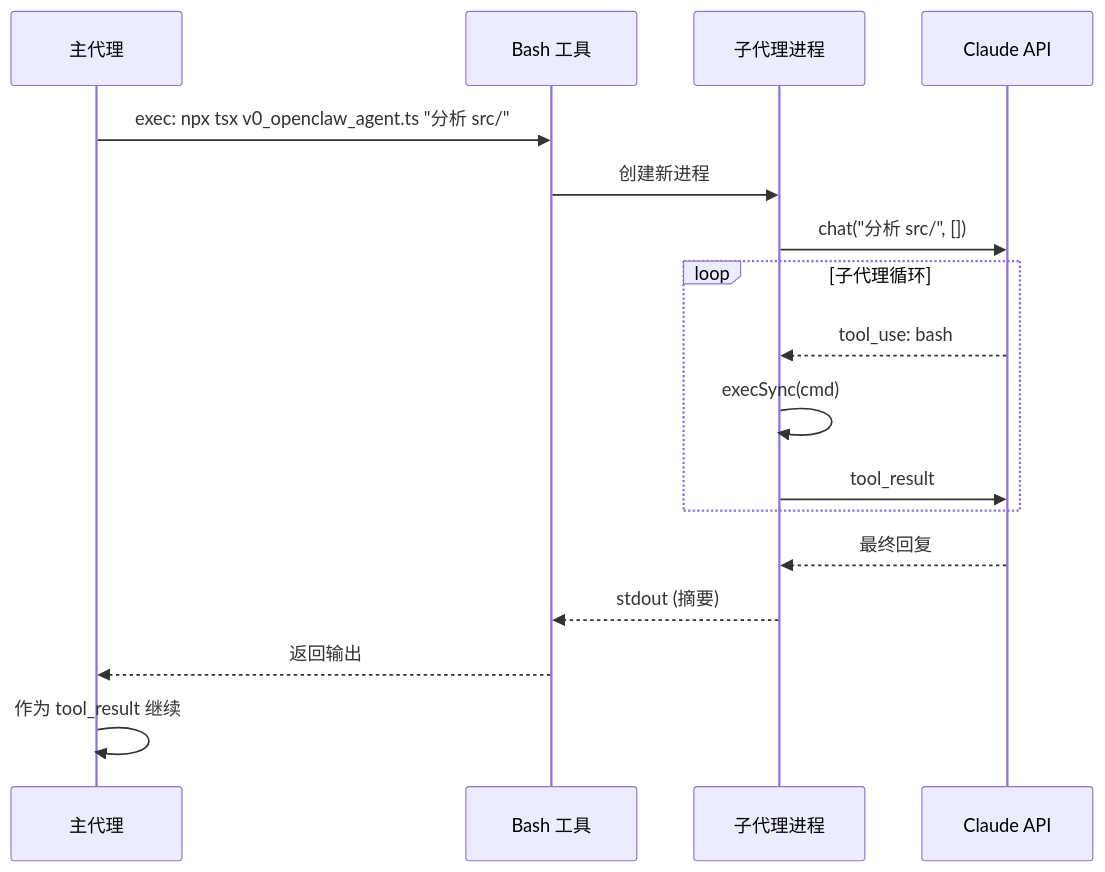
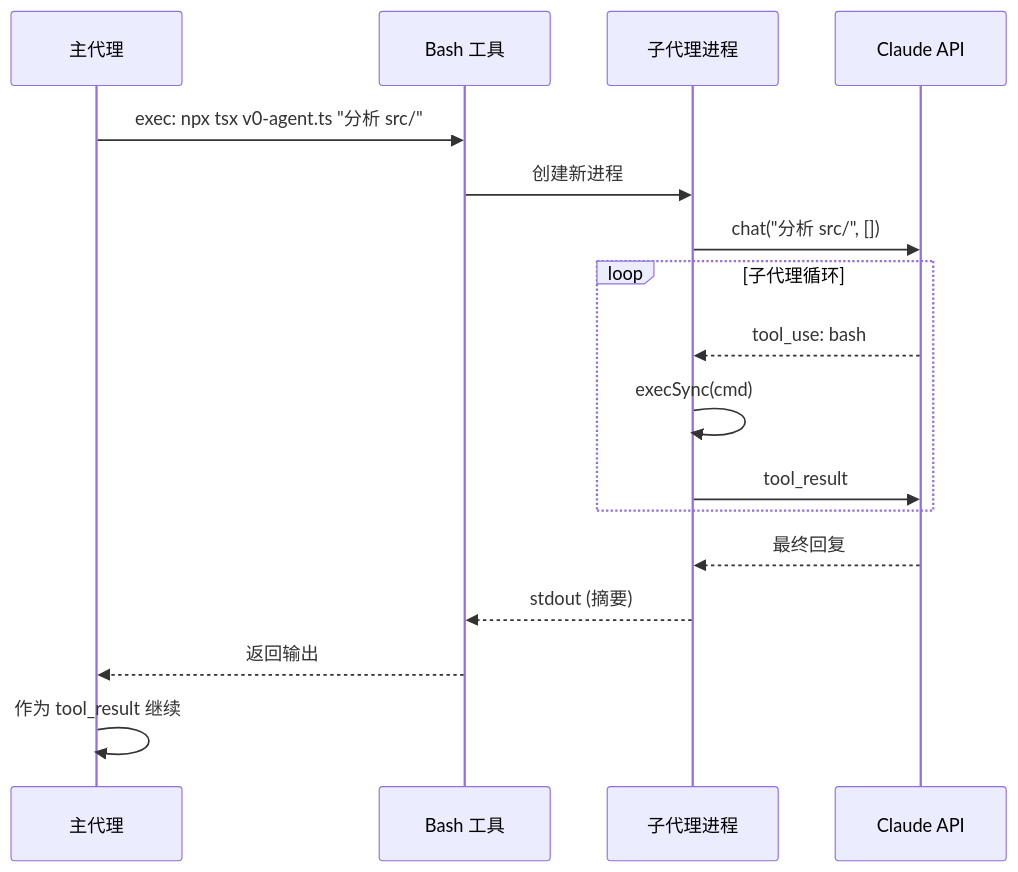
Before and after one commit to Shiyao-Huang/learn-openclaw: the second of 2 diagrams in docs/v0-Bash即一切.md, drawn with Mermaid. The commit also changed other lines of this file and 71 other files, not shown here.

````diff
--- a/docs/v0-Bash即一切.md
+++ b/docs/v0-Bash即一切.md
@@ -246,20 +246,20 @@
 ```mermaid
 sequenceDiagram
     participant Parent as 主代理
     participant Bash as Bash 工具
     participant Child as 子代理进程
     participant LLM as Claude API
 
-    Parent->>Bash: exec: npx tsx v0_openclaw_agent.ts "分析 src/"
+    Parent->>Bash: exec: npx tsx v0-agent.ts "分析 src/"
     Bash->>Child: 创建新进程
     Child->>LLM: chat("分析 src/", [])
     loop 子代理循环
         LLM-->>Child: tool_use: bash
         Child->>Child: execSync(cmd)
         Child->>LLM: tool_result
     end
     LLM-->>Child: 最终回复
     Child-->>Bash: stdout (摘要)
     Bash-->>Parent: 返回输出
     Parent->>Parent: 作为 tool_result 继续
 ```
````
